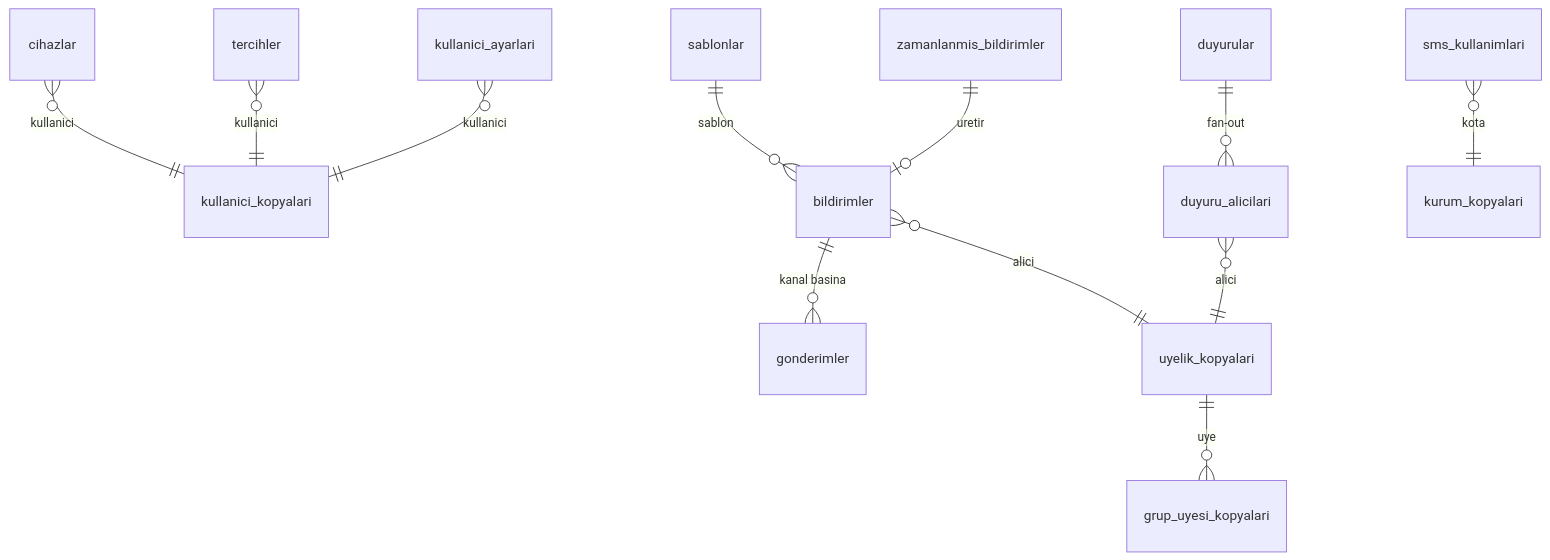
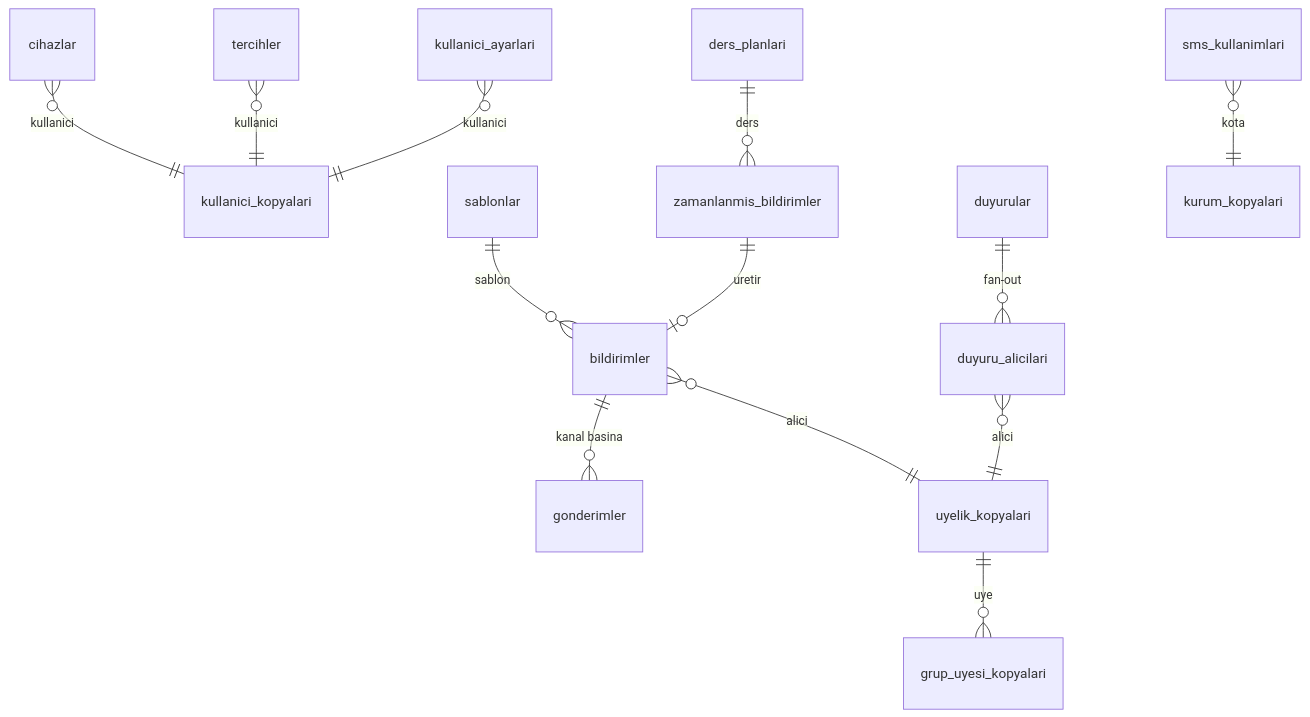
Before and after one commit to suleymanbrbr/kopru_digital: the diagram in docs/schema/bildirim.md, drawn with Mermaid. The commit also changed other lines of this file and 3 other files, not shown here.

````diff
--- a/docs/schema/bildirim.md
+++ b/docs/schema/bildirim.md
@@ -20,14 +20,15 @@
 ```mermaid
 erDiagram
   cihazlar }o--|| kullanici_kopyalari : "kullanici"
   tercihler }o--|| kullanici_kopyalari : "kullanici"
   kullanici_ayarlari }o--|| kullanici_kopyalari : "kullanici"
   bildirimler ||--o{ gonderimler : "kanal basina"
   bildirimler }o--|| uyelik_kopyalari : "alici"
   duyurular ||--o{ duyuru_alicilari : "fan-out"
   duyuru_alicilari }o--|| uyelik_kopyalari : "alici"
   sablonlar ||--o{ bildirimler : "sablon"
   zamanlanmis_bildirimler ||--o| bildirimler : "uretir"
+  ders_planlari ||--o{ zamanlanmis_bildirimler : "ders"
   sms_kullanimlari }o--|| kurum_kopyalari : "kota"
   uyelik_kopyalari ||--o{ grup_uyesi_kopyalari : "uye"
 ```
````
